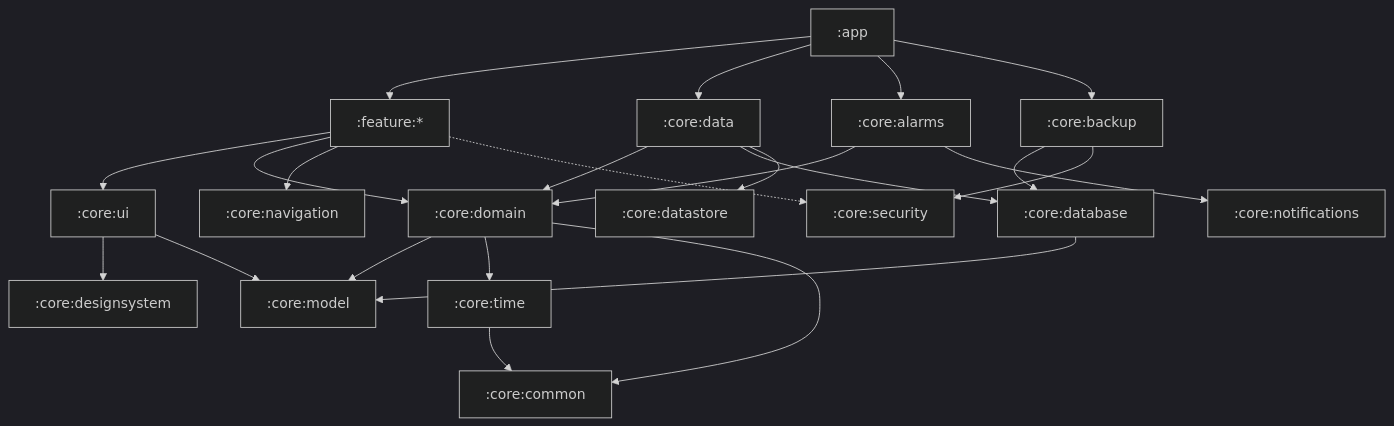
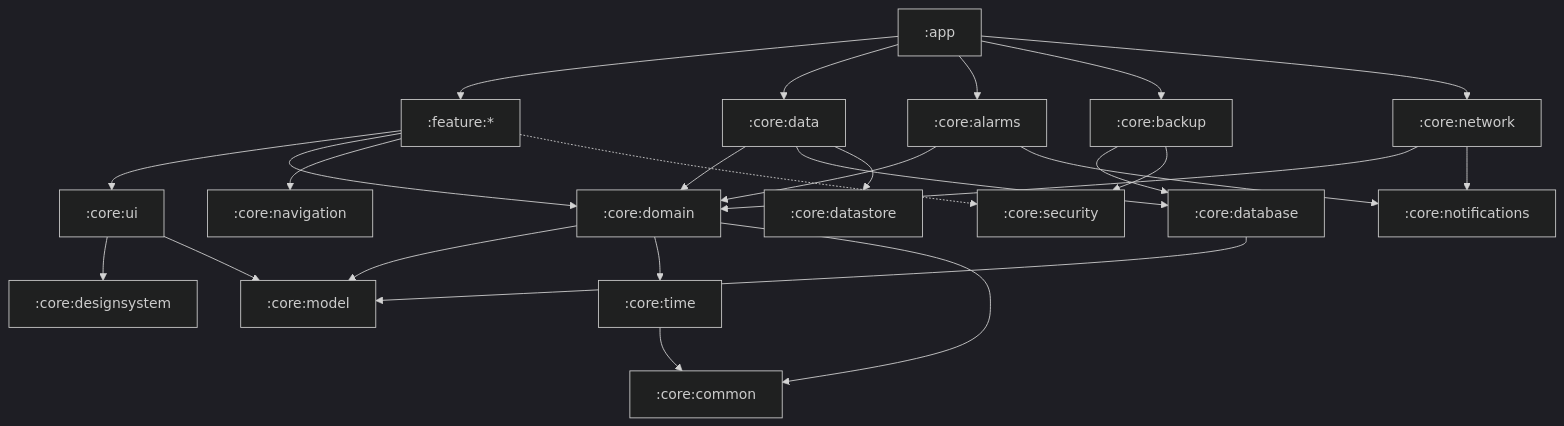
One commit to iftiyak7/cluade changed the diagram in docs/architecture.md. Above: the diagram before and after it, drawn with Mermaid (dark theme). The commit also changed other lines of this file and 43 other files, not shown here.

````diff
--- a/docs/architecture.md
+++ b/docs/architecture.md
@@ -60,25 +63,28 @@
 ```mermaid
 graph TD
   app[":app"] --> features[":feature:*"]
   app --> data[":core:data"]
   app --> alarms[":core:alarms"]
   app --> backup[":core:backup"]
   features --> ui[":core:ui"]
   features --> domain[":core:domain"]
   features --> nav[":core:navigation"]
   ui --> ds[":core:designsystem"]
   ui --> model[":core:model"]
   domain --> model
   domain --> time[":core:time"]
   domain --> common[":core:common"]
   data --> domain
   data --> db[":core:database"]
   data --> store[":core:datastore"]
   alarms --> domain
   alarms --> notif[":core:notifications"]
   backup --> db
   backup --> security[":core:security"]
+  app --> network[":core:network"]
+  network --> domain
+  network --> notif
   features -.-> security
   db --> model
   time --> common
 ```
````
